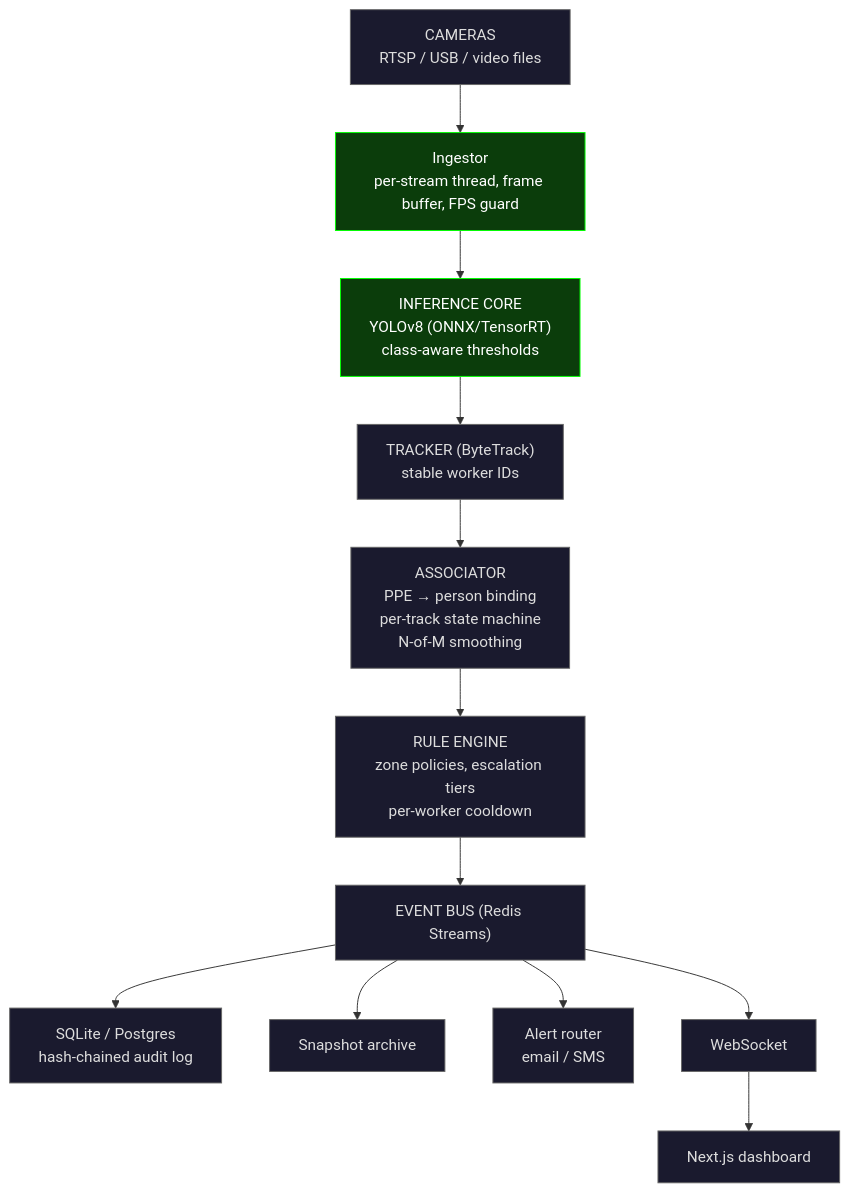
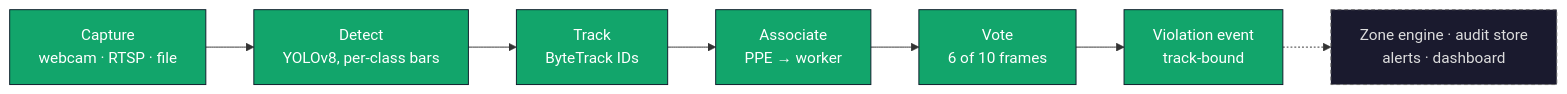
One commit to sonubiswal/sentinelvision changed the diagram in README.md. Above: the diagram before and after it, drawn with Mermaid. The commit also changed other lines of this file, not shown here.

````diff
--- a/README.md
+++ b/README.md
@@ -46,19 +112,14 @@
 ```mermaid
-flowchart TD
-    CAM["CAMERAS<br/>RTSP / USB / video files"] --> ING["Ingestor<br/>per-stream thread, frame buffer, FPS guard"]
-    ING --> INF["INFERENCE CORE<br/>YOLOv8 (ONNX/TensorRT)<br/>class-aware thresholds"]
-    INF --> TRK["TRACKER (ByteTrack)<br/>stable worker IDs"]
-    TRK --> ASC["ASSOCIATOR<br/>PPE → person binding<br/>per-track state machine<br/>N-of-M smoothing"]
-    ASC --> RUL["RULE ENGINE<br/>zone policies, escalation tiers<br/>per-worker cooldown"]
-    RUL --> BUS["EVENT BUS (Redis Streams)"]
-    BUS --> AUD["SQLite / Postgres<br/>hash-chained audit log"]
-    BUS --> SNAP["Snapshot archive"]
-    BUS --> ALR["Alert router<br/>email / SMS"]
-    BUS --> WS["WebSocket"]
-    WS --> DASH["Next.js dashboard"]
+flowchart LR
+    CAM["Capture<br/>webcam · RTSP · file"] --> DET["Detect<br/>YOLOv8, per-class bars"]
+    DET --> TRK["Track<br/>ByteTrack IDs"]
+    TRK --> ASC["Associate<br/>PPE → worker"]
+    ASC --> VOTE["Vote<br/>6 of 10 frames"]
+    VOTE --> EVT["Violation event<br/>track-bound"]
+    EVT -.-> LATER["Zone engine · audit store<br/>alerts · dashboard"]
 
-    classDef phase1 fill:#0b3d0b,stroke:#0f0,color:#fff
-    classDef later fill:#1a1a2e,stroke:#666,color:#ddd
-    class ING,INF phase1
-    class CAM,TRK,ASC,RUL,BUS,AUD,SNAP,ALR,WS,DASH later
+    classDef done fill:#12a56b,stroke:#0d1b2a,color:#fff
+    classDef later fill:#1a1a2e,stroke:#666,color:#ddd,stroke-dasharray: 4 3
+    class CAM,DET,TRK,ASC,VOTE,EVT done
+    class LATER later
 ```
````
